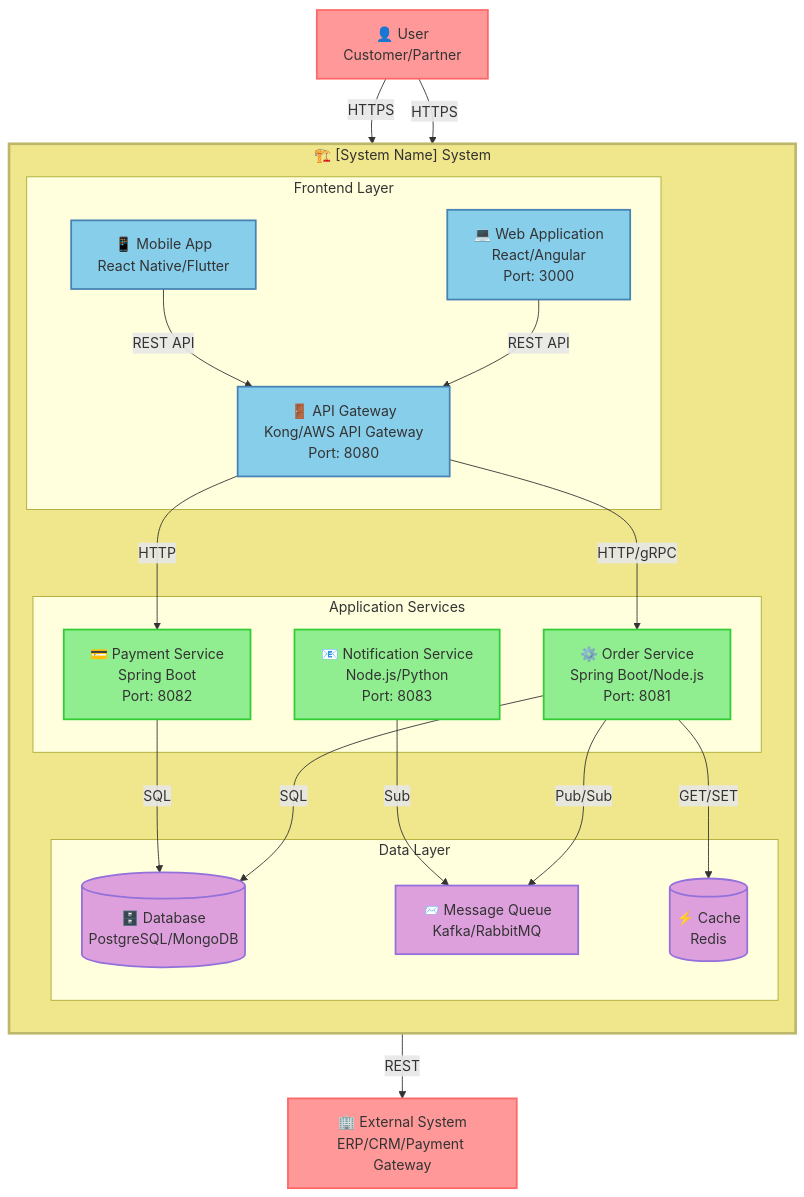
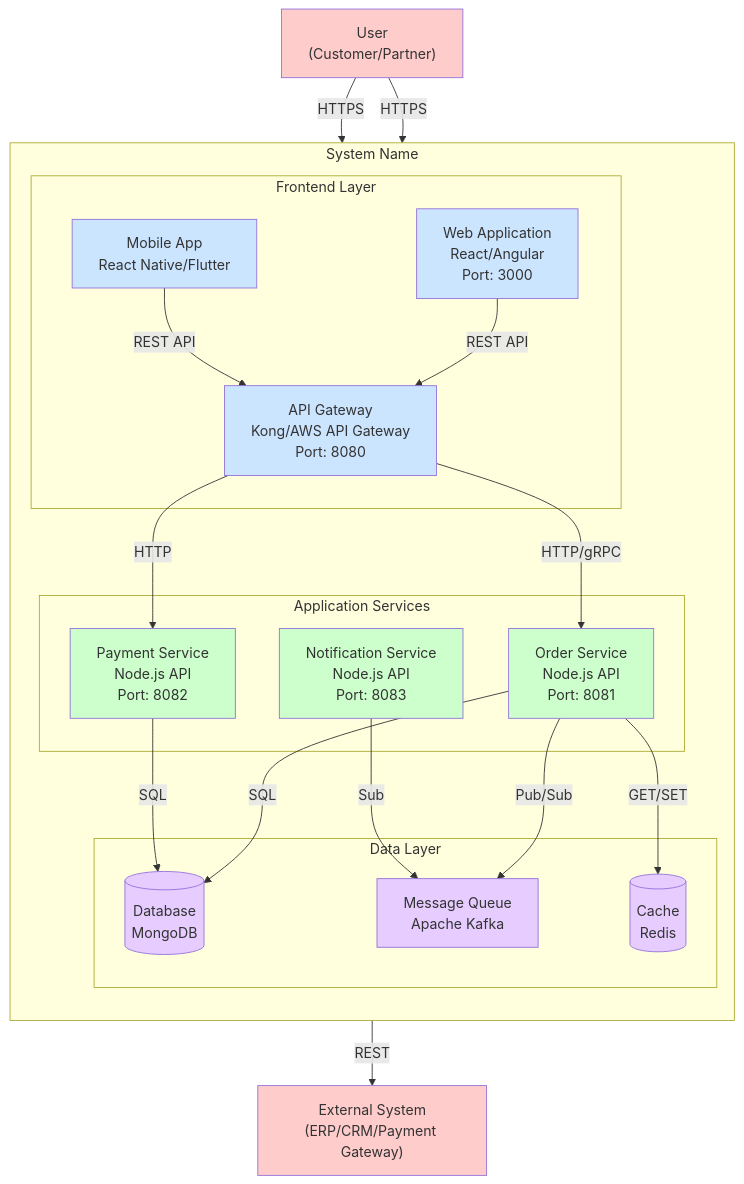
One commit to chittawan/ai-architecture changed the diagram in .cursor/rules/system-architect/sa_004.mdc. Above: the diagram before and after it, drawn with Mermaid. The commit also changed other lines of this file and 5 other files, not shown here.

````diff
--- a/.cursor/rules/system-architect/sa_004.mdc
+++ b/.cursor/rules/system-architect/sa_004.mdc
@@ -71,62 +103,60 @@
 ```mermaid
 graph TB
     %% External Systems and Users
-    User[👤 User<br/>Customer/Partner]
-    ExtSystem[🏢 External System<br/>ERP/CRM/Payment Gateway]
+    User["User<br/>(Customer/Partner)"]
+    ExtSystem["External System<br/>(ERP/CRM/Payment Gateway)"]
     
     %% System Boundary
-    subgraph SystemBoundary["🏗️ [System Name] System"]
+    subgraph SystemBoundary["System Name"]
         direction TB
         
         %% Frontend Layer
         subgraph Frontend["Frontend Layer"]
-            WebApp[💻 Web Application<br/>React/Angular<br/>Port: 3000]
-            MobileApp[📱 Mobile App<br/>React Native/Flutter]
-            APIGateway[🚪 API Gateway<br/>Kong/AWS API Gateway<br/>Port: 8080]
+            WebApp["Web Application<br/>React/Angular<br/>Port: 3000"]
+            MobileApp["Mobile App<br/>React Native/Flutter"]
+            APIGateway["API Gateway<br/>Kong/AWS API Gateway<br/>Port: 8080"]
         end
         
         %% Application Layer
         subgraph AppLayer["Application Services"]
-            OrderService[⚙️ Order Service<br/>Spring Boot/Node.js<br/>Port: 8081]
-            PaymentService[💳 Payment Service<br/>Spring Boot<br/>Port: 8082]
-            NotificationService[📧 Notification Service<br/>Node.js/Python<br/>Port: 8083]
+            OrderService["Order Service<br/>Node.js API<br/>Port: 8081"]
+            PaymentService["Payment Service<br/>Node.js API<br/>Port: 8082"]
+            NotificationService["Notification Service<br/>Node.js API<br/>Port: 8083"]
         end
         
         %% Data Layer
         subgraph DataLayer["Data Layer"]
-            Database[(🗄️ Database<br/>PostgreSQL/MongoDB)]
-            Cache[(⚡ Cache<br/>Redis)]
-            MessageQueue[📨 Message Queue<br/>Kafka/RabbitMQ]
+            Database[("Database<br/>MongoDB")]
+            Cache[("Cache<br/>Redis")]
+            MessageQueue["Message Queue<br/>Apache Kafka"]
         end
     end
     
     %% Relationships with protocols
-    User -->|HTTPS| WebApp
-    User -->|HTTPS| MobileApp
-    WebApp -->|REST API| APIGateway
-    MobileApp -->|REST API| APIGateway
+    User -->|"HTTPS"| WebApp
+    User -->|"HTTPS"| MobileApp
+    WebApp -->|"REST API"| APIGateway
+    MobileApp -->|"REST API"| APIGateway
     
-    APIGateway -->|HTTP/gRPC| OrderService
-    APIGateway -->|HTTP| PaymentService
+    APIGateway -->|"HTTP/gRPC"| OrderService
+    APIGateway -->|"HTTP"| PaymentService
     
-    OrderService -->|SQL| Database
-    OrderService -->|Pub/Sub| MessageQueue
-    PaymentService -->|SQL| Database
-    PaymentService -->|REST| ExtSystem
+    OrderService -->|"SQL"| Database
+    OrderService -->|"Pub/Sub"| MessageQueue
+    PaymentService -->|"SQL"| Database
+    PaymentService -->|"REST"| ExtSystem
     
-    NotificationService -->|Sub| MessageQueue
-    OrderService -->|GET/SET| Cache
+    NotificationService -->|"Sub"| MessageQueue
+    OrderService -->|"GET/SET"| Cache
     
-    %% Styling
-    classDef external fill:#ff9999,stroke:#ff6666,stroke-width:2px
-    classDef frontend fill:#87CEEB,stroke:#4682B4,stroke-width:2px
-    classDef service fill:#90EE90,stroke:#32CD32,stroke-width:2px
-    classDef data fill:#DDA0DD,stroke:#9370DB,stroke-width:2px
-    classDef system fill:#F0E68C,stroke:#BDB76B,stroke-width:3px
+    %% Styling (Compatible with most Markdown viewers)
+    classDef external fill:#ffcccc
+    classDef frontend fill:#cce5ff
+    classDef service fill:#ccffcc
+    classDef data fill:#e6ccff
     
     class User,ExtSystem external
     class WebApp,MobileApp,APIGateway frontend
     class OrderService,PaymentService,NotificationService service
     class Database,Cache,MessageQueue data
-    class SystemBoundary system
 ```
````
